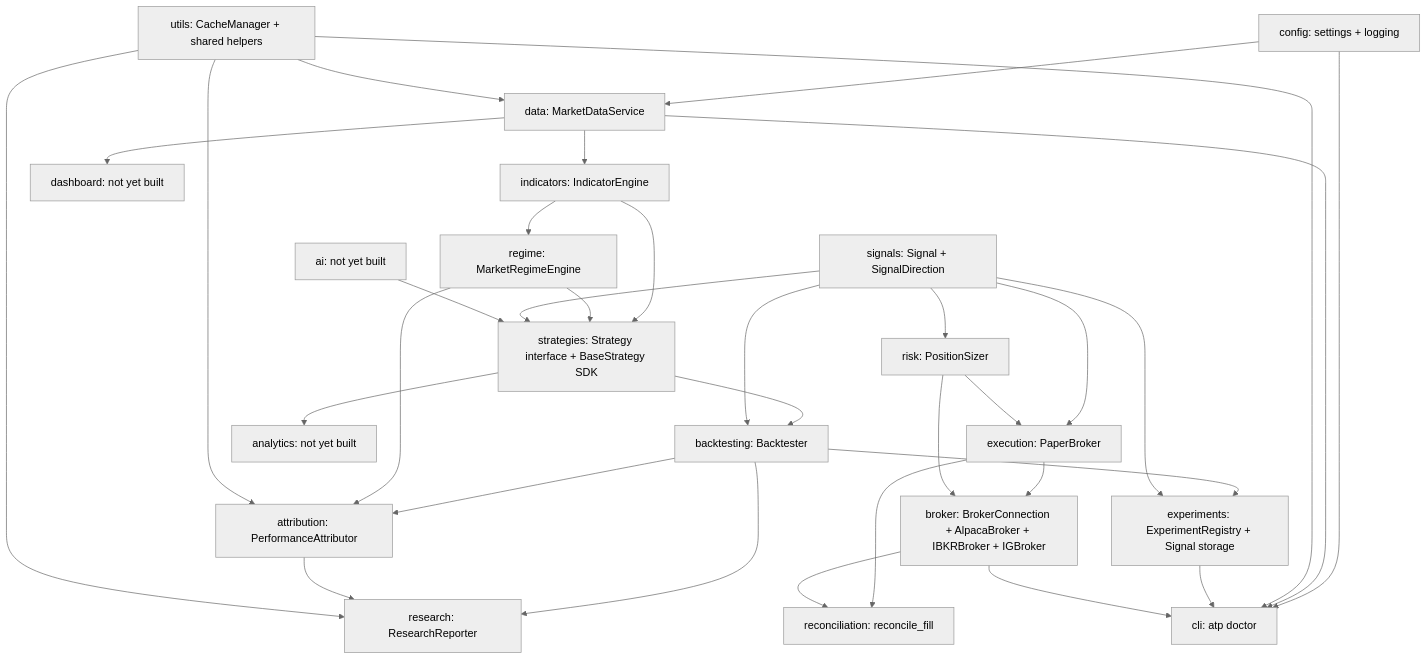
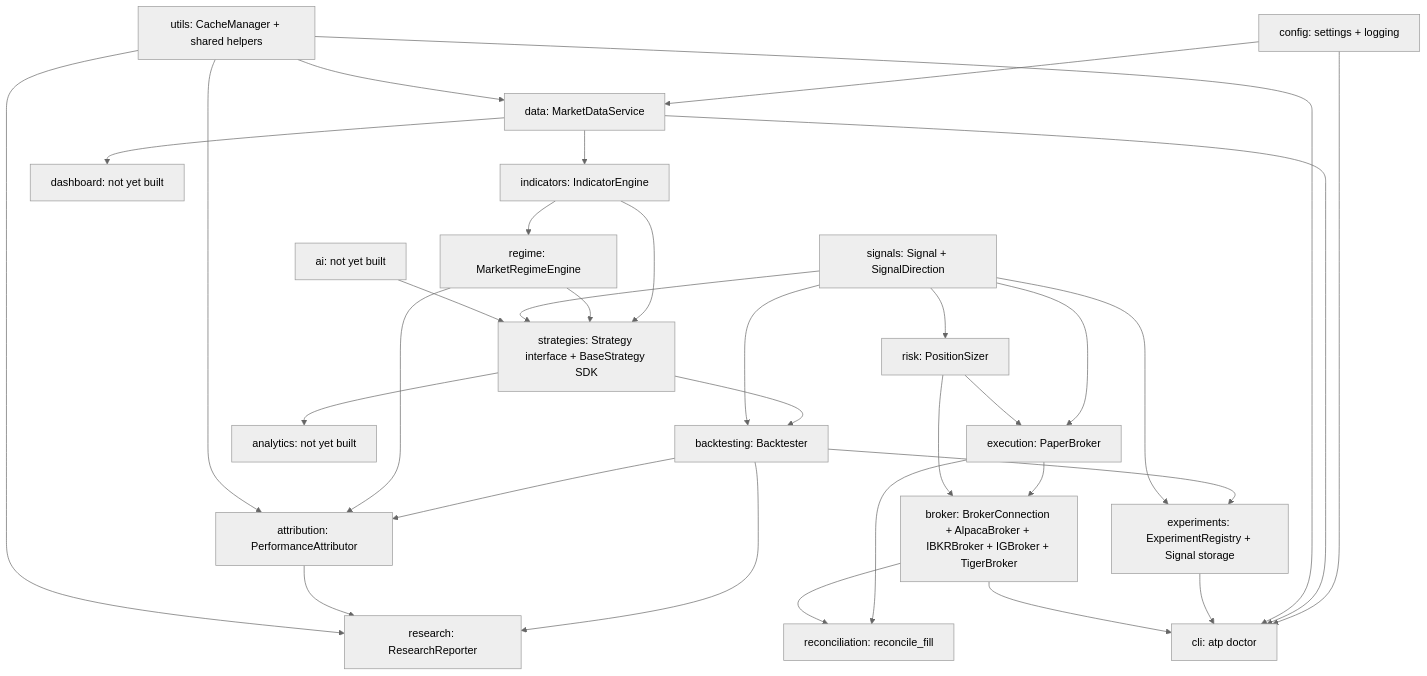
The diagram in ARCHITECTURE.md (grow-op-nasa/ai-trading-platform), drawn with Mermaid (neutral theme) before and after one commit. The commit also changed other lines of this file and 7 other files, not shown here.

First line of the commit message:
Sprint 5: Tiger Trade as fourth broker (connectivity + account state)

````diff
--- a/ARCHITECTURE.md
+++ b/ARCHITECTURE.md
@@ -14,55 +14,55 @@
 ```mermaid
 graph TD
     config[config: settings + logging]
     utils[utils: CacheManager + shared helpers]
     data[data: MarketDataService]
     indicators[indicators: IndicatorEngine]
     regime[regime: MarketRegimeEngine]
     signals[signals: Signal + SignalDirection]
     strategies[strategies: Strategy interface + BaseStrategy SDK]
     backtesting[backtesting: Backtester]
     attribution[attribution: PerformanceAttributor]
     experiments[experiments: ExperimentRegistry + Signal storage]
     research[research: ResearchReporter]
     risk[risk: PositionSizer]
     execution[execution: PaperBroker]
-    broker[broker: BrokerConnection + AlpacaBroker + IBKRBroker + IGBroker]
+    broker[broker: BrokerConnection + AlpacaBroker + IBKRBroker + IGBroker + TigerBroker]
     reconciliation[reconciliation: reconcile_fill]
     analytics[analytics: not yet built]
     ai[ai: not yet built]
     dashboard[dashboard: not yet built]
     cli[cli: atp doctor]
 
     config --> data
     utils --> data
     data --> indicators
     indicators --> regime
     indicators --> strategies
     regime --> strategies
     signals --> strategies
     strategies --> backtesting
     signals --> backtesting
     backtesting --> experiments
     signals --> experiments
     backtesting --> attribution
     regime --> attribution
     utils --> attribution
     backtesting --> research
     attribution --> research
     utils --> research
     signals --> risk
     signals --> execution
     risk --> execution
     execution --> broker
     risk --> broker
     execution --> reconciliation
     broker --> reconciliation
     strategies --> analytics
     data --> dashboard
     ai --> strategies
     config --> cli
     data --> cli
     utils --> cli
     experiments --> cli
     broker --> cli
 ```
````
